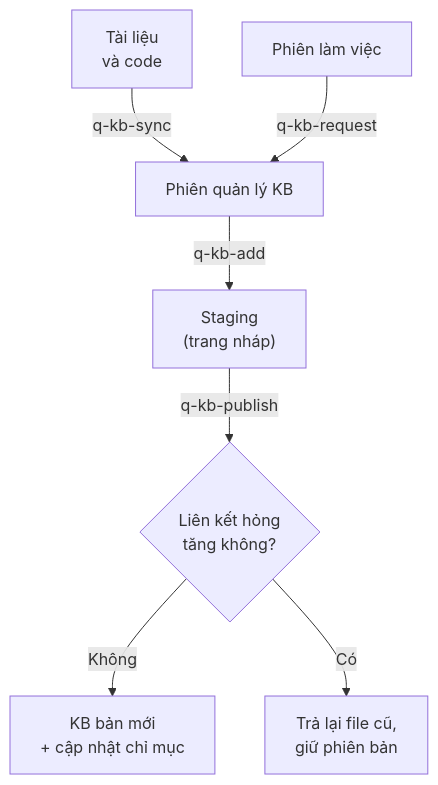
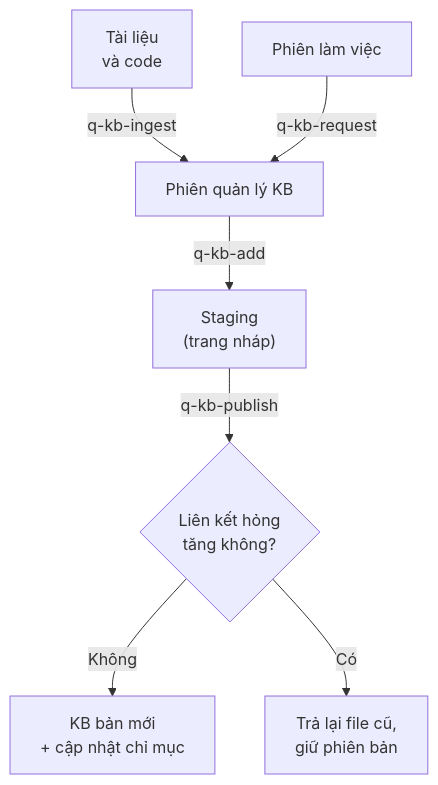
One commit to mquan1192/ai-skills changed the second of 3 diagrams in kb-skill-bundle/README_VN.md. Above: the diagram before and after it, drawn with Mermaid. The commit also changed other lines of this file and 28 other files, not shown here.

````diff
--- a/kb-skill-bundle/README_VN.md
+++ b/kb-skill-bundle/README_VN.md
@@ -75,9 +75,9 @@
 ```mermaid
 flowchart TD
-    SRC["Tài liệu<br/>và code"] -->|"q-kb-sync"| MG["Phiên quản lý KB"]
+    SRC["Tài liệu<br/>và code"] -->|"q-kb-ingest"| MG["Phiên quản lý KB"]
     WS["Phiên làm việc"] -->|"q-kb-request"| MG
     MG -->|"q-kb-add"| STG["Staging<br/>(trang nháp)"]
     STG -->|"q-kb-publish"| CHK{"Liên kết hỏng<br/>tăng không?"}
     CHK -->|"Không"| PUB["KB bản mới<br/>+ cập nhật chỉ mục"]
     CHK -->|"Có"| RB["Trả lại file cũ,<br/>giữ phiên bản"]
 ```
````
